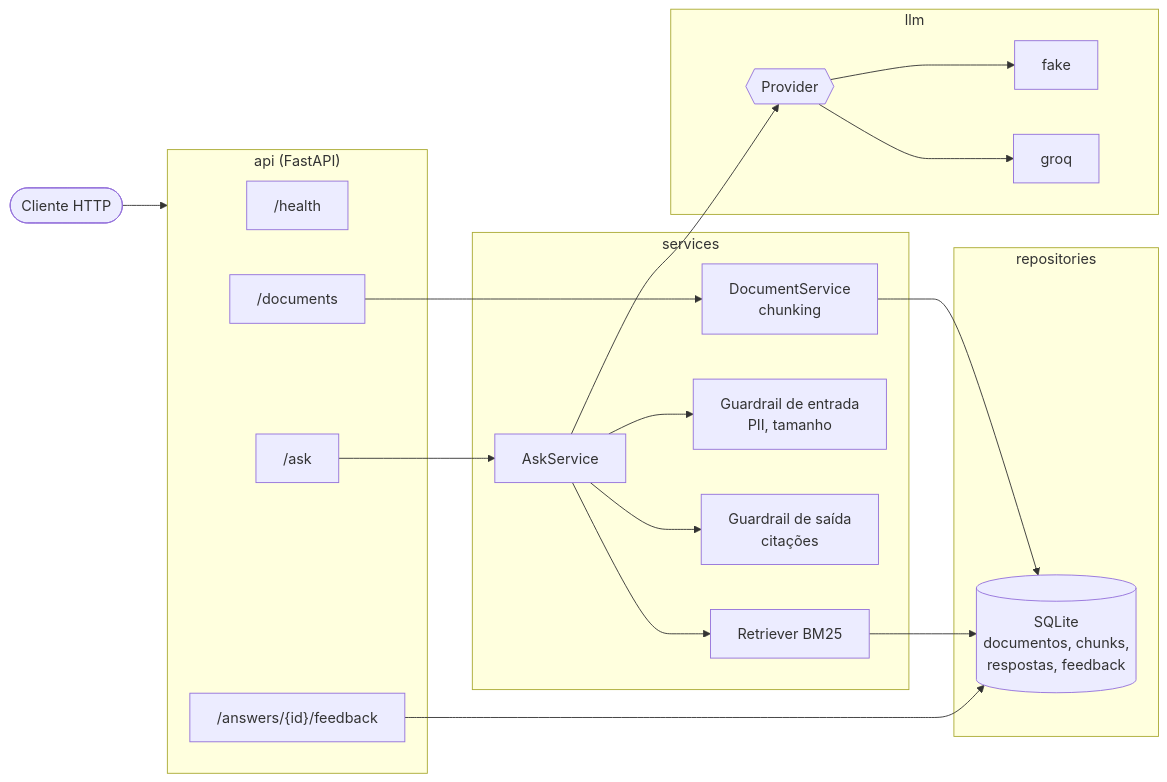
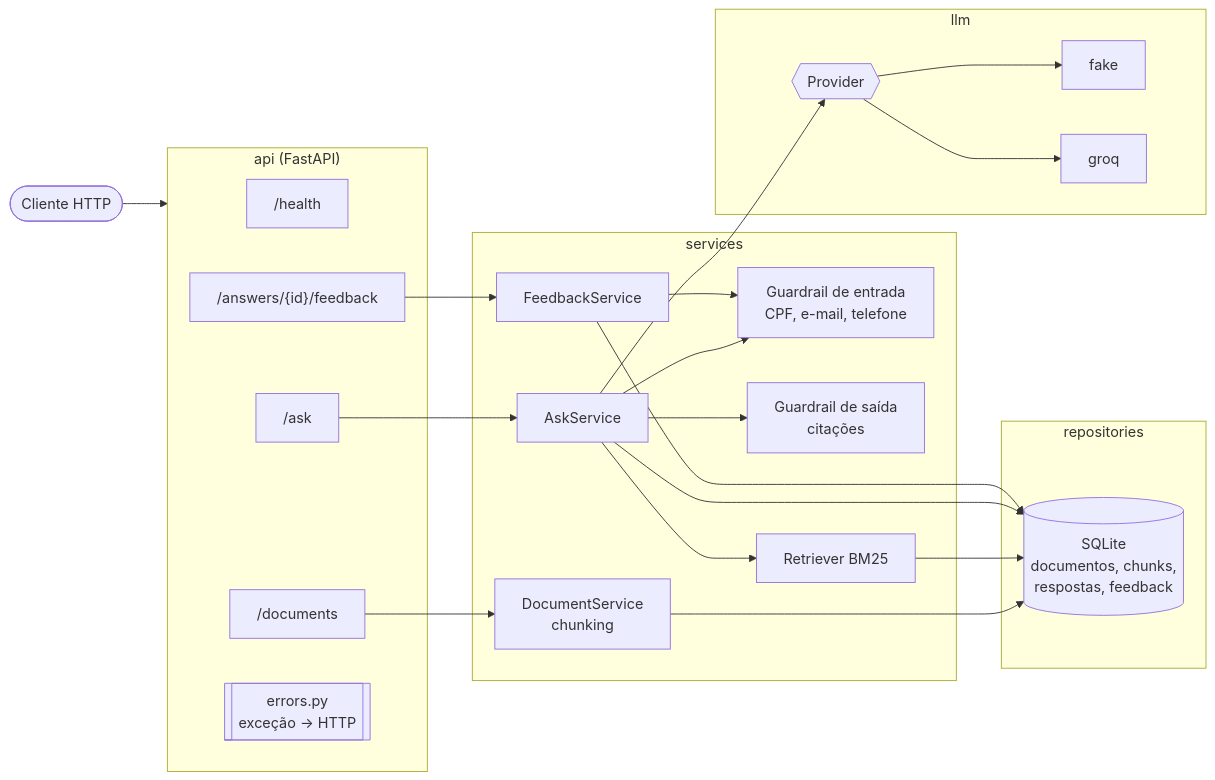
Before and after one commit to ronenfilho/lion-api: the diagram in docs/arquitetura.md, drawn with Mermaid. The commit also changed other lines of this file and 6 other files, not shown here.

````diff
--- a/docs/arquitetura.md
+++ b/docs/arquitetura.md
@@ -3,39 +3,44 @@
 ```mermaid
 flowchart LR
     Cliente([Cliente HTTP])
 
     subgraph API["api (FastAPI)"]
         R1["/health"]
         R2["/documents"]
         R3["/ask"]
         R4["/answers/{id}/feedback"]
+        ERR[[errors.py<br/>exceção → HTTP]]
     end
 
     subgraph Services["services"]
         DS[DocumentService<br/>chunking]
         AS[AskService]
-        GIn[Guardrail de entrada<br/>PII, tamanho]
+        FS[FeedbackService]
+        GIn[Guardrail de entrada<br/>CPF, e-mail, telefone]
         GOut[Guardrail de saída<br/>citações]
         RET[Retriever BM25]
     end
 
     subgraph LLM["llm"]
         P{{Provider}}
         F[fake]
         G[groq]
     end
 
     subgraph Repo["repositories"]
         DB[(SQLite<br/>documentos, chunks,<br/>respostas, feedback)]
     end
 
     Cliente --> API
     R2 --> DS --> DB
     R3 --> AS
     AS --> GIn
     AS --> RET --> DB
     AS --> P
     P --> F & G
     AS --> GOut
-    R4 --> DB
+    AS --> DB
+    R4 --> FS
+    FS --> GIn
+    FS --> DB
 ```
````
